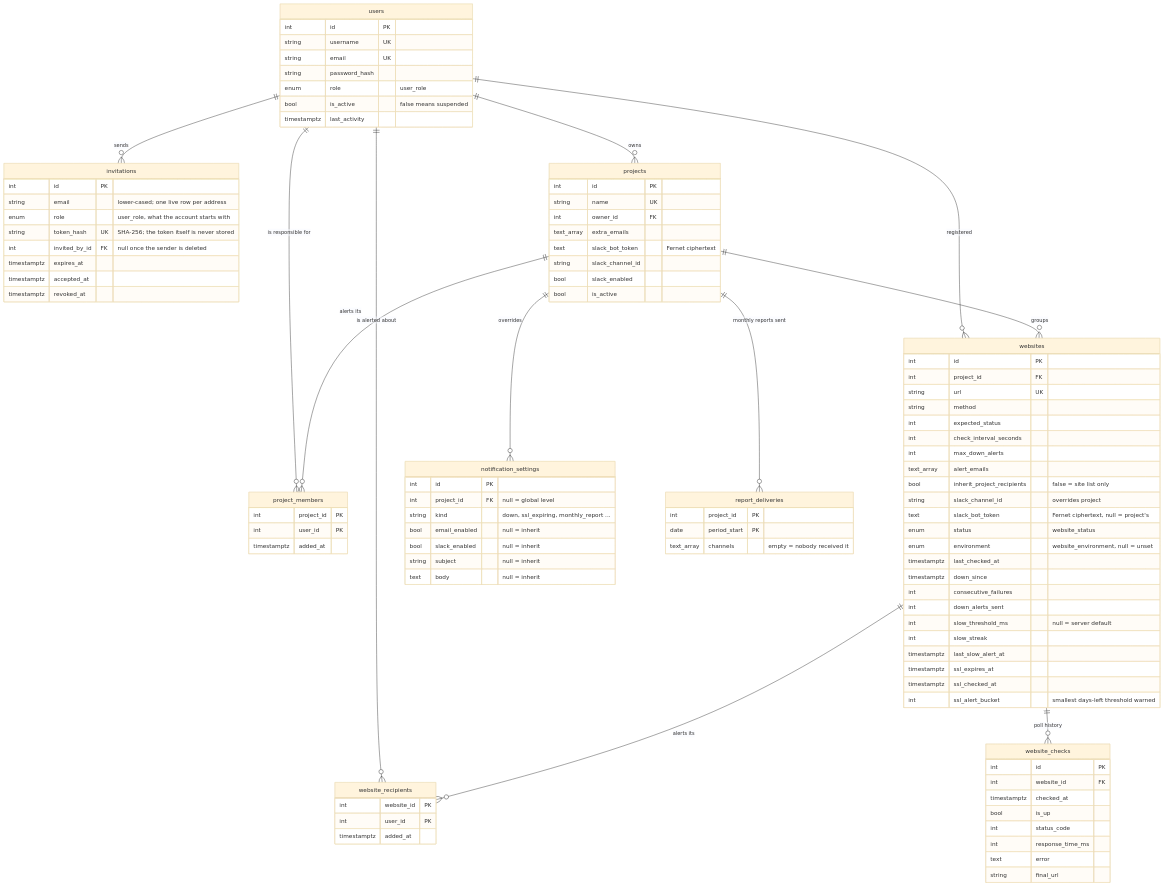
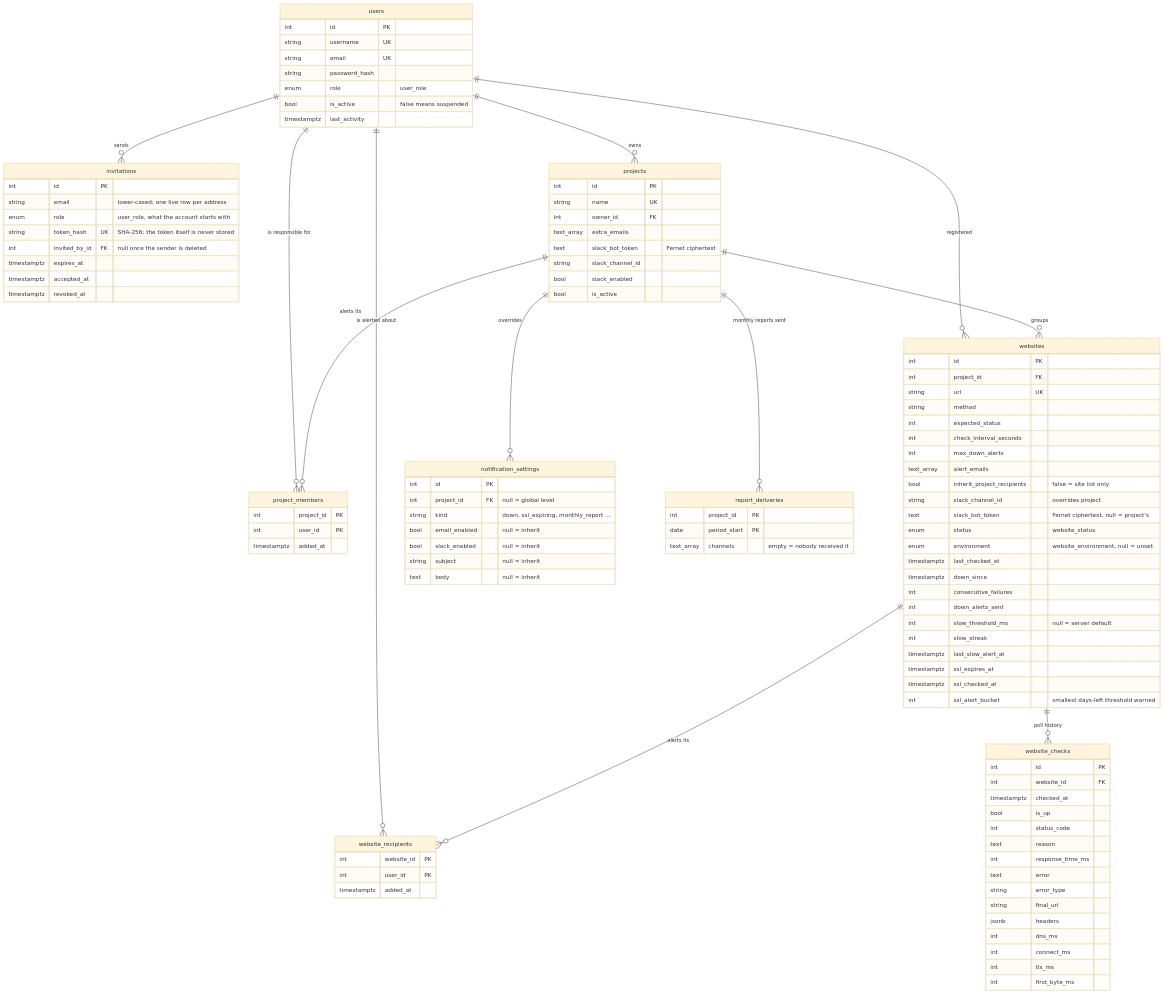
One commit to TahjibNil75/watchly changed the third of 6 diagrams in doc/hld.md. Above: the diagram before and after it, drawn with Mermaid (base theme). The commit also changed other lines of this file and 44 other files, not shown here.

````diff
--- a/doc/hld.md
+++ b/doc/hld.md
@@ -265,8 +265,15 @@
         timestamptz checked_at
         bool is_up
         int status_code
+        text reason
         int response_time_ms
         text error
+        string error_type
         string final_url
+        jsonb headers
+        int dns_ms
+        int connect_ms
+        int tls_ms
+        int first_byte_ms
     }
 ```
````
